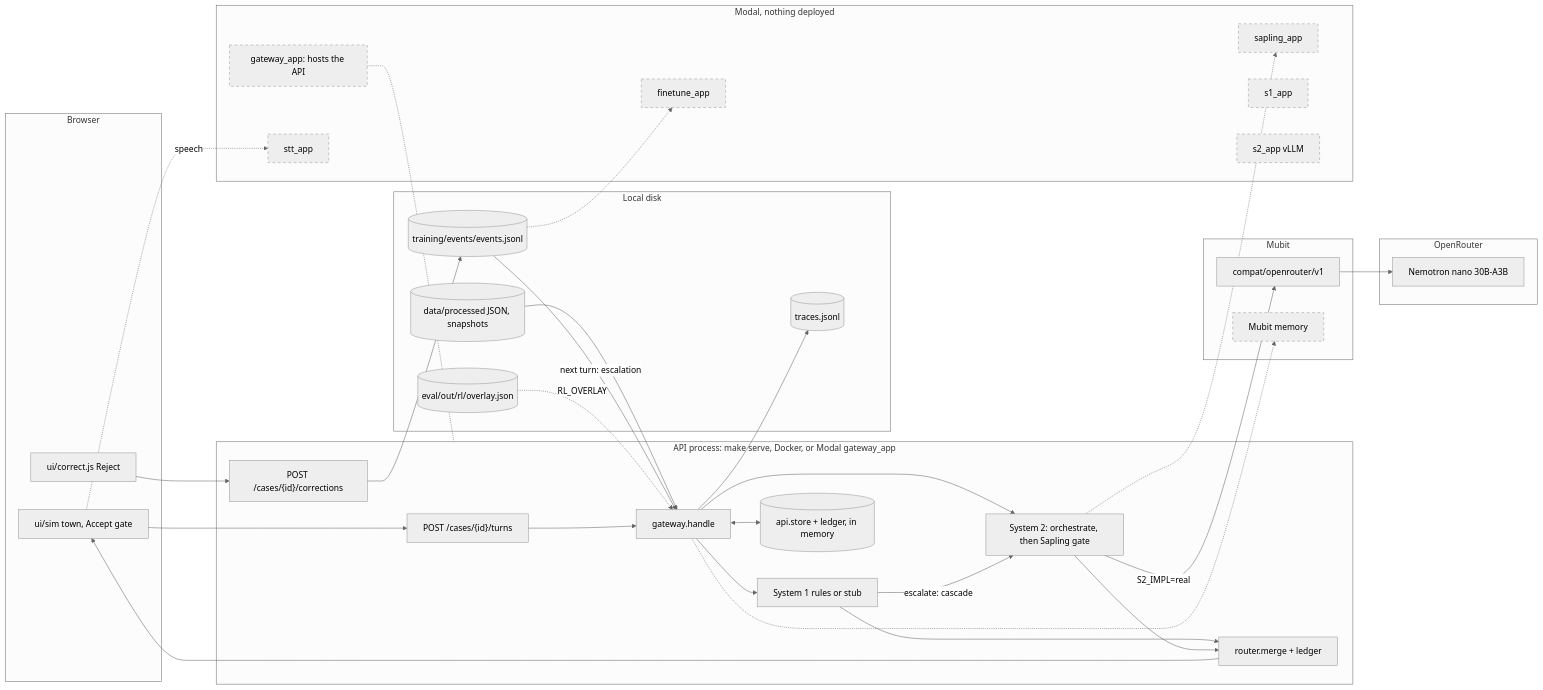
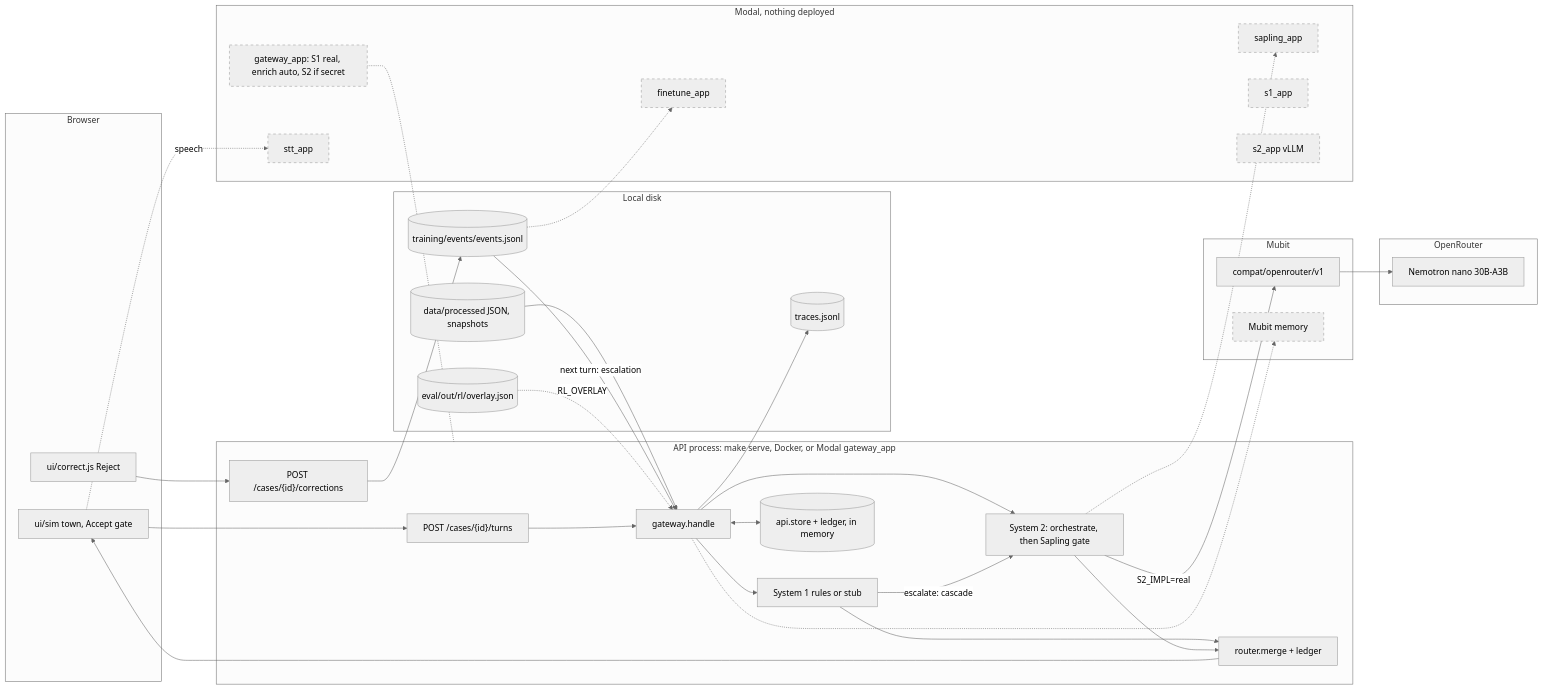
One commit to melaniepreen/Baan-Safe changed the third of 3 diagrams in BaanSafe_Revised_Architecture.md. Above: the diagram before and after it, drawn with Mermaid (neutral theme). The commit also changed other lines of this file and 2 other files, not shown here.

First line of the commit message:
docs: refresh architecture diagram (61663d0)

````diff
--- a/BaanSafe_Revised_Architecture.md
+++ b/BaanSafe_Revised_Architecture.md
@@ -95,57 +95,57 @@
 ```mermaid
 flowchart LR
   classDef unwired stroke-dasharray: 5 5
   subgraph browser["Browser"]
     phone["ui/sim town, Accept gate"]
     correct["ui/correct.js Reject"]
   end
   subgraph api["API process: make serve, Docker, or Modal gateway_app"]
     turns["POST /cases/{id}/turns"]
     gw["gateway.handle"]
     s1["System 1 rules or stub"]
     s2["System 2: orchestrate, then Sapling gate"]
     router["router.merge + ledger"]
     corr["POST /cases/{id}/corrections"]
     store[("api.store + ledger, in memory")]
   end
   subgraph disk["Local disk"]
     events[("training/events/events.jsonl")]
     traces[("traces.jsonl")]
     snaps[("data/processed JSON, snapshots")]
     overlay[("eval/out/rl/overlay.json")]
   end
   subgraph mubit["Mubit"]
     compat["compat/openrouter/v1"]
     mmem["Mubit memory"]:::unwired
   end
   subgraph orouter["OpenRouter"]
     nano["Nemotron nano 30B-A3B"]
   end
   subgraph modal["Modal, nothing deployed"]
-    gapp["gateway_app: hosts the API"]:::unwired
+    gapp["gateway_app: S1 real, enrich auto, S2 if secret"]:::unwired
     sap["sapling_app"]:::unwired
     ft["finetune_app"]:::unwired
     stt["stt_app"]:::unwired
     s1app["s1_app"]:::unwired
     s2app["s2_app vLLM"]:::unwired
   end
   phone --> turns --> gw
   gw --> s1
   gw --> s2
   s1 -->|"escalate: cascade"| s2
   s2 -->|"S2_IMPL=real"| compat --> nano
   s1 --> router
   s2 --> router
   router --> phone
   gw <--> store
   gw --> traces
   snaps --> gw
   correct --> corr --> events
   events -->|"next turn: escalation"| gw
   overlay -.->|"RL_OVERLAY"| gw
   gw -.-> mmem
   s2 -.-> sap
   events -.-> ft
   phone -.->|"speech"| stt
   gapp -.- api
 ```
````
